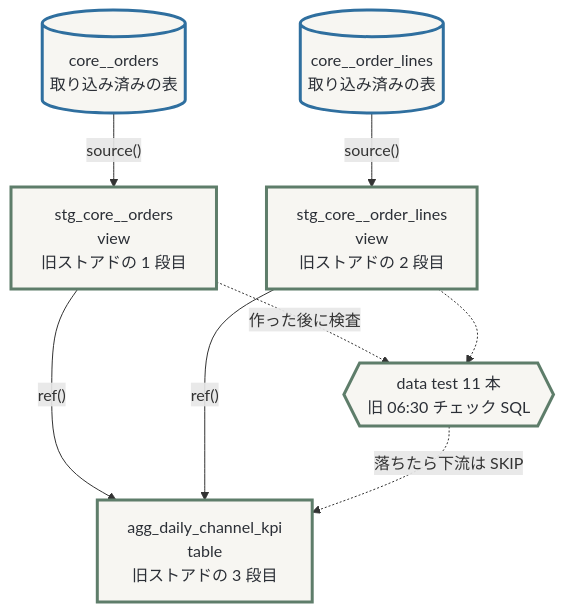
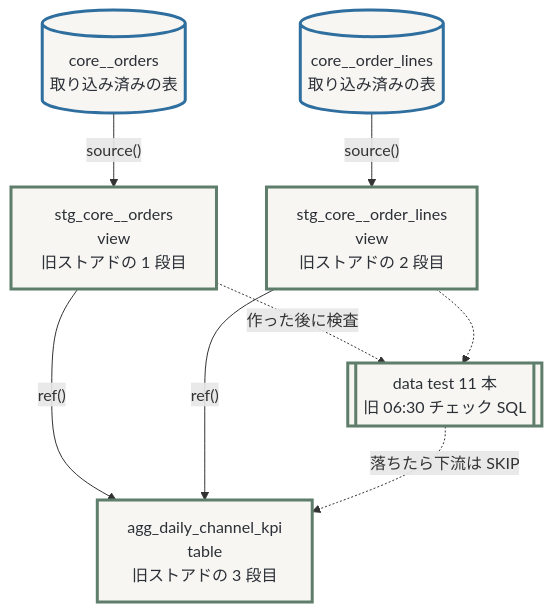
The second of 6 diagrams in articles/dbt-ep0-intro.md (e8dev-note/zenn-content), drawn with Mermaid before and after one commit. The commit also changed other lines of this file, not shown here.

Commit message:
Fix diagrams for Zenn: replace hexagon node, show product map as a table

````diff
--- a/articles/dbt-ep0-intro.md
+++ b/articles/dbt-ep0-intro.md
@@ -135,18 +135,18 @@
 ```mermaid
 flowchart TB
   core__orders[("core__orders<br/>取り込み済みの表")]:::data
   core__order_lines[("core__order_lines<br/>取り込み済みの表")]:::data
   stg_core__orders["stg_core__orders<br/>view<br/>旧ストアドの 1 段目"]:::proc
   stg_core__order_lines["stg_core__order_lines<br/>view<br/>旧ストアドの 2 段目"]:::proc
-  tests{{"data test 11 本<br/>旧 06:30 チェック SQL"}}:::proc
+  tests[["data test 11 本<br/>旧 06:30 チェック SQL"]]:::proc
   agg_daily_channel_kpi["agg_daily_channel_kpi<br/>table<br/>旧ストアドの 3 段目"]:::proc
   core__orders -->|"source()"| stg_core__orders
   core__order_lines -->|"source()"| stg_core__order_lines
   stg_core__orders -->|"ref()"| agg_daily_channel_kpi
   stg_core__order_lines -->|"ref()"| agg_daily_channel_kpi
   stg_core__orders -.->|"作った後に検査"| tests
   stg_core__order_lines -.-> tests
   tests -.->|"落ちたら下流は SKIP"| agg_daily_channel_kpi
   classDef data fill:#F7F6F2,stroke:#2F6F9F,stroke-width:3px,color:#2B2F36
   classDef proc fill:#F7F6F2,stroke:#5E7D6A,stroke-width:3px,color:#2B2F36
 ```
````
